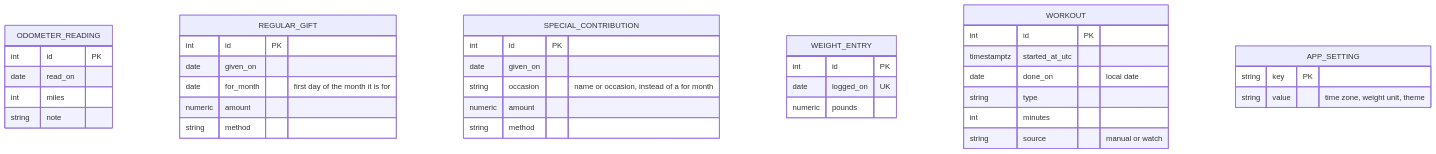
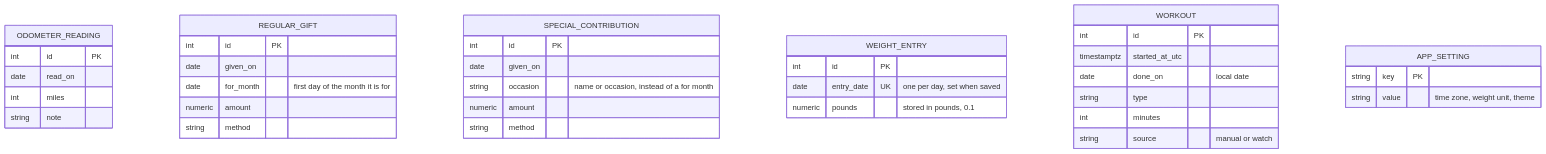
One commit to githubacct54385/life-tracker changed the sixth of 6 diagrams in ARCHITECTURE.md. Above: the diagram before and after it, drawn with Mermaid. The commit also changed 28 other files, not shown here.

First line of the commit message:
HLT-01: Log and chart weight

````diff
--- a/ARCHITECTURE.md
+++ b/ARCHITECTURE.md
@@ -241,40 +241,40 @@
 ```mermaid
 erDiagram
     ODOMETER_READING {
         int id PK
         date read_on
         int miles
         string note
     }
     REGULAR_GIFT {
         int id PK
         date given_on
         date for_month "first day of the month it is for"
         numeric amount
         string method
     }
     SPECIAL_CONTRIBUTION {
         int id PK
         date given_on
         string occasion "name or occasion, instead of a for month"
         numeric amount
         string method
     }
     WEIGHT_ENTRY {
         int id PK
-        date logged_on UK
-        numeric pounds
+        date entry_date UK "one per day, set when saved"
+        numeric pounds "stored in pounds, 0.1"
     }
     WORKOUT {
         int id PK
         timestamptz started_at_utc
         date done_on "local date"
         string type
         int minutes
         string source "manual or watch"
     }
     APP_SETTING {
         string key PK
         string value "time zone, weight unit, theme"
     }
 ```
````
